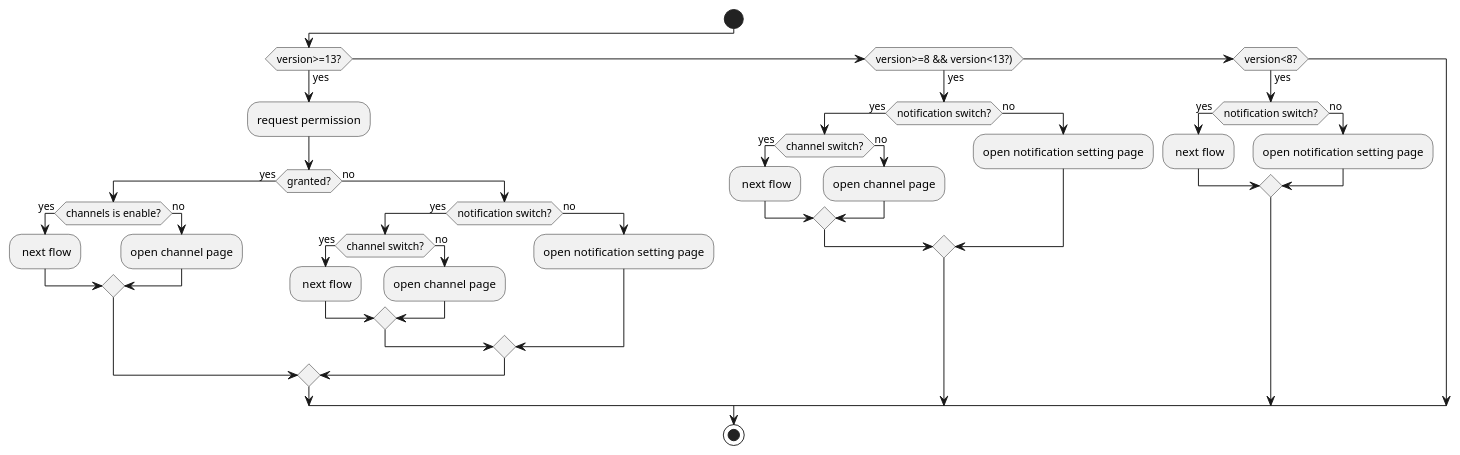
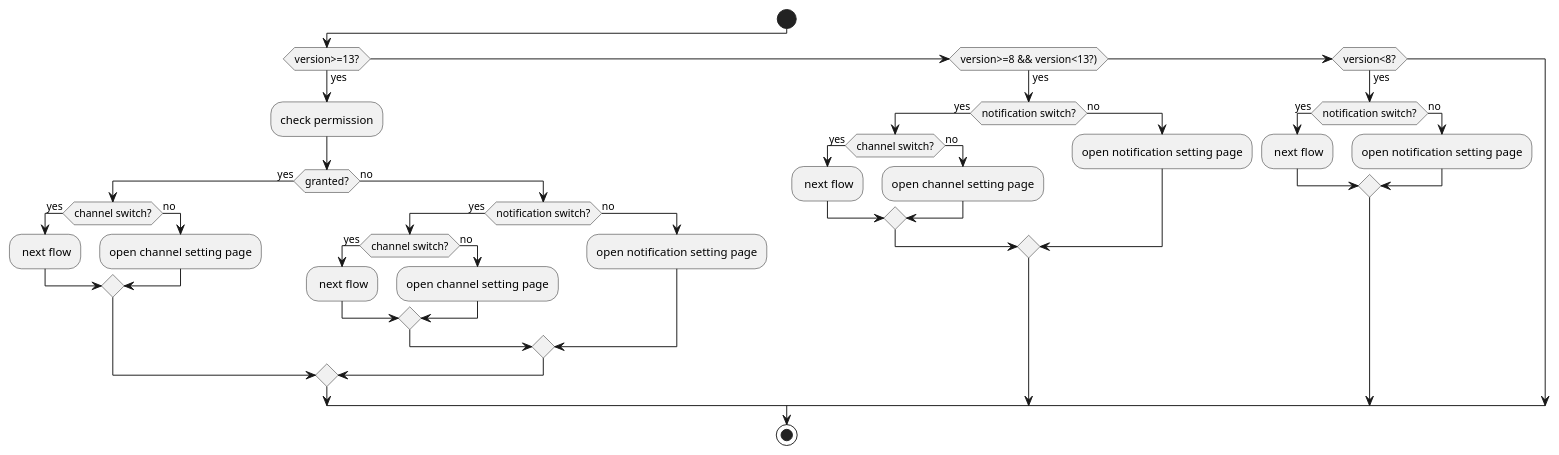
Before and after one commit to BlogForMe/ankotlin: the diagram in app/src/main/java/com/uml/sequence/NotificationPush.puml, drawn with PlantUML. The commit also changed other lines of this file and 3 other files, not shown here.

```diff
--- a/app/src/main/java/com/uml/sequence/NotificationPush.puml
+++ b/app/src/main/java/com/uml/sequence/NotificationPush.puml
@@ -1,46 +1,48 @@
 @startuml
 'https://plantuml.com/activity-diagram-beta
 
+
 start
 if (version>=13?) then (yes)
-  :request permission;
+  :check permission;
   if (granted?) is (yes) then
-    if (channels is enable?) is (yes) then
+    if (channel switch?) is (yes) then
       : next flow;
     else (no)
-      :open channel page;
+      :open channel setting page;
     endif
   else (no)
       if (notification switch?) is (yes) then
           if (channel switch?) is (yes) then
             : next flow;
           else (no)
-          :open channel page;
+          :open channel setting page;
           endif
        else (no)
         :open notification setting page;
        endif
   endif
 
 else if(version>=8 && version<13?))is (yes) then
    if (notification switch?) is (yes) then
       if (channel switch?) is (yes) then
       : next flow;
       else (no)
-      :open channel page;
+      :open channel setting page;
       endif
    else (no)
     :open notification setting page;
    endif
 
 else if(version<8?)is (yes) then
     if (notification switch?) is (yes) then
       : next flow;
      else (no)
       :open notification setting page;
      endif
 endif
 
 stop
 
+
 @enduml
```
